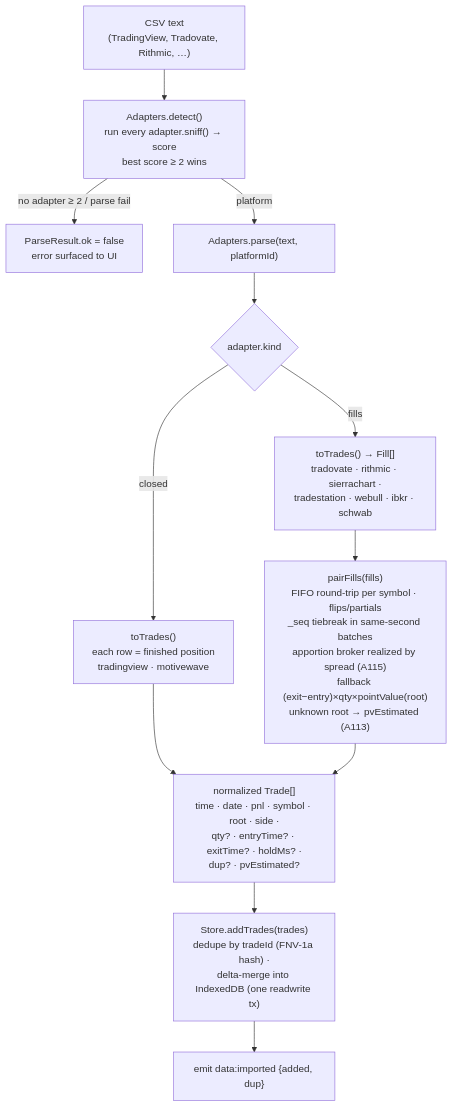
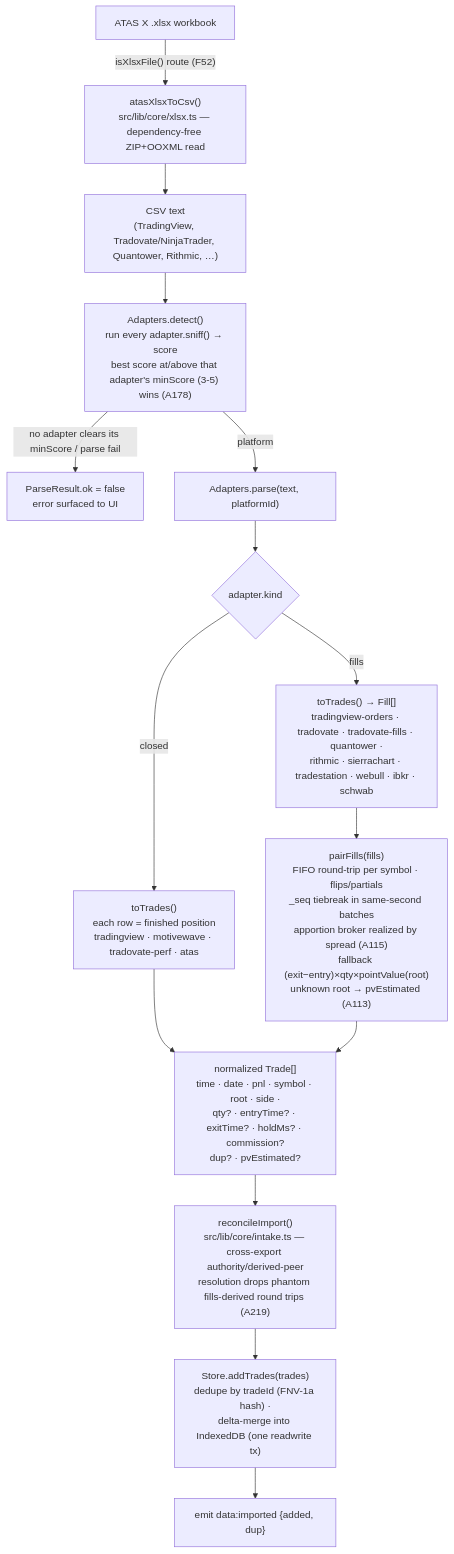
One commit to mitchGuthrieDev/blotterbook changed the diagram in docs/architecture-diagrams/csv-import-adapters.md. Above: the diagram before and after it, drawn with Mermaid. The commit also changed other lines of this file and 16 other files, not shown here.

````diff
--- a/docs/architecture-diagrams/csv-import-adapters.md
+++ b/docs/architecture-diagrams/csv-import-adapters.md
@@ -10,18 +10,21 @@
 ```mermaid
 flowchart TD
-    CSV["CSV text<br/>(TradingView, Tradovate, Rithmic, …)"] --> DET["Adapters.detect()<br/>run every adapter.sniff() → score<br/>best score ≥ 2 wins"]
-    DET -->|"no adapter ≥ 2 / parse fail"| ERR["ParseResult.ok = false<br/>error surfaced to UI"]
+    XLSX["ATAS X .xlsx workbook"] -->|"isXlsxFile() route (F52)"| X2C["atasXlsxToCsv()<br/>src/lib/core/xlsx.ts — dependency-free ZIP+OOXML read"]
+    X2C --> CSV
+    CSV["CSV text<br/>(TradingView, Tradovate/NinjaTrader, Quantower, Rithmic, …)"] --> DET["Adapters.detect()<br/>run every adapter.sniff() → score<br/>best score at/above that adapter's minScore (3-5) wins (A178)"]
+    DET -->|"no adapter clears its minScore / parse fail"| ERR["ParseResult.ok = false<br/>error surfaced to UI"]
     DET -->|"platform"| PARSE["Adapters.parse(text, platformId)"]
 
     PARSE --> KIND{"adapter.kind"}
-    KIND -->|"closed"| CLOSED["toTrades()<br/>each row = finished position<br/>tradingview · motivewave"]
-    KIND -->|"fills"| FILLS["toTrades() → Fill[]<br/>tradovate · rithmic · sierrachart ·<br/>tradestation · webull · ibkr · schwab"]
+    KIND -->|"closed"| CLOSED["toTrades()<br/>each row = finished position<br/>tradingview · motivewave · tradovate-perf · atas"]
+    KIND -->|"fills"| FILLS["toTrades() → Fill[]<br/>tradingview-orders · tradovate · tradovate-fills · quantower ·<br/>rithmic · sierrachart · tradestation · webull · ibkr · schwab"]
 
     FILLS --> PAIR["pairFills(fills)<br/>FIFO round-trip per symbol · flips/partials<br/>_seq tiebreak in same-second batches<br/>apportion broker realized by spread (A115)<br/>fallback (exit−entry)×qty×pointValue(root)<br/>unknown root → pvEstimated (A113)"]
 
-    CLOSED --> NORM["normalized Trade[]<br/>time · date · pnl · symbol · root · side ·<br/>qty? · entryTime? · exitTime? · holdMs? ·<br/>dup? · pvEstimated?"]
+    CLOSED --> NORM["normalized Trade[]<br/>time · date · pnl · symbol · root · side ·<br/>qty? · entryTime? · exitTime? · holdMs? · commission?<br/>dup? · pvEstimated?"]
     PAIR --> NORM
 
-    NORM --> ADD["Store.addTrades(trades)<br/>dedupe by tradeId (FNV-1a hash) ·<br/>delta-merge into IndexedDB (one readwrite tx)"]
+    NORM --> RECON["reconcileImport()<br/>src/lib/core/intake.ts — cross-export authority/derived-peer<br/>resolution drops phantom fills-derived round trips (A219)"]
+    RECON --> ADD["Store.addTrades(trades)<br/>dedupe by tradeId (FNV-1a hash) ·<br/>delta-merge into IndexedDB (one readwrite tx)"]
     ADD --> BUS["emit data:imported {added, dup}"]
 ```
````
